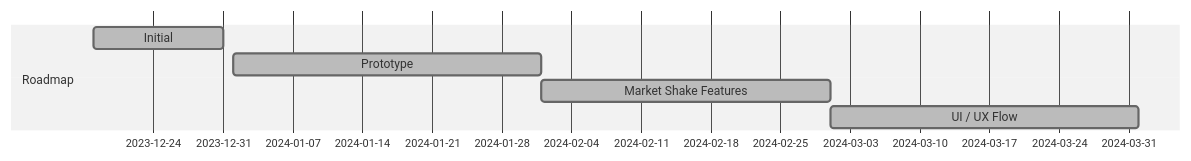
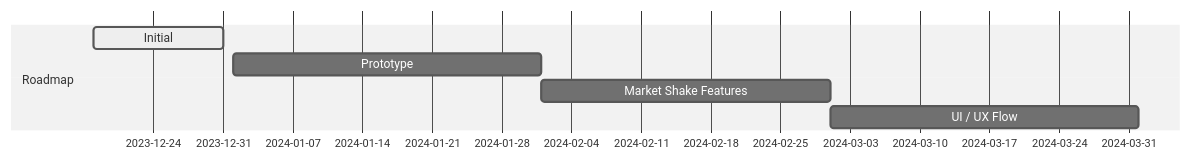
The diagram in README.md (lyskouski/app-entertainment), drawn with Mermaid (neutral theme) before and after one commit. The commit also changed other lines of this file and 2 other files, not shown here.

Commit message:
[#1] [NF] Demo project. Update docs

````diff
--- a/README.md
+++ b/README.md
@@ -11,8 +11,8 @@
 ```mermaid
 gantt
   section Roadmap
-  Initial                 :done, dis1, 2023-12-18, 13d
-  Prototype               :done, dis2, 2024-01-01, 1M
-  Market Shake Features   :done, dis3, 2024-02-01, 1M
-  UI / UX Flow            :done, dis4, 2024-03-01, 1M
+  Initial                 :active, dis1, 2023-12-18, 13d
+  Prototype               : dis2, 2024-01-01, 1M
+  Market Shake Features   : dis3, 2024-02-01, 1M
+  UI / UX Flow            : dis4, 2024-03-01, 1M
 ```
````
